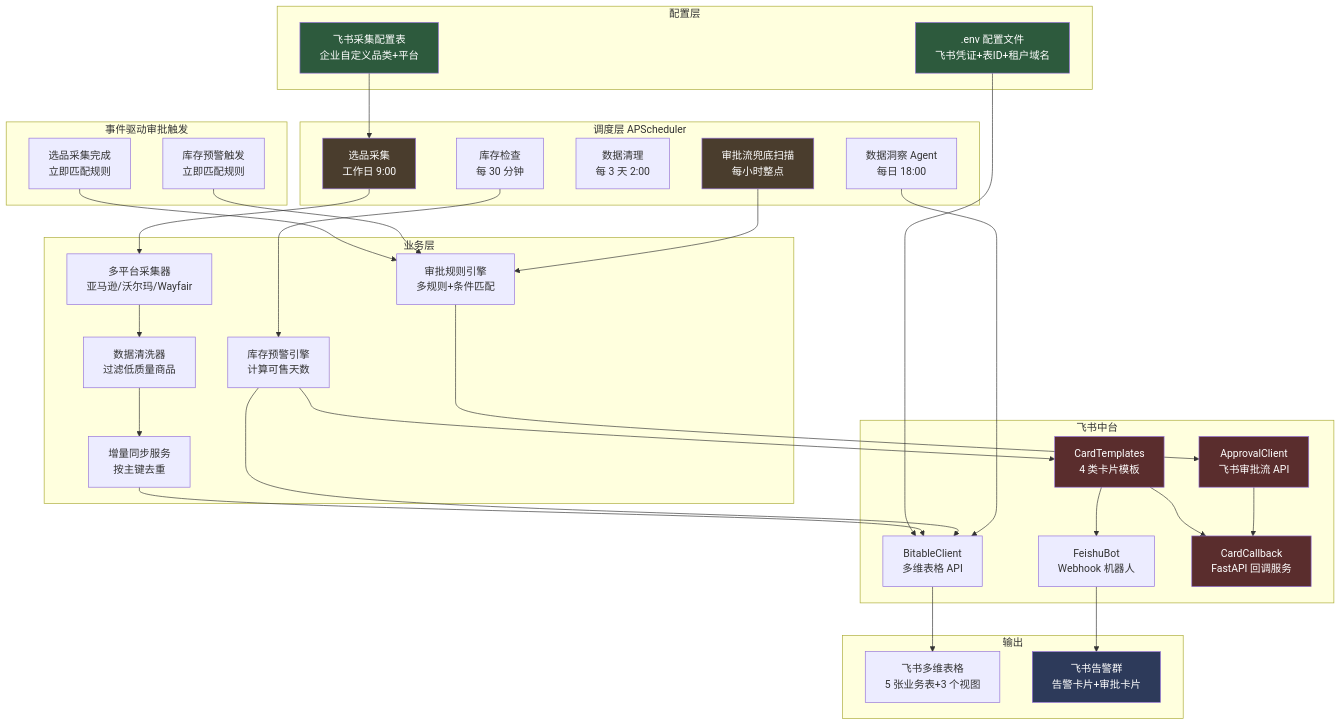
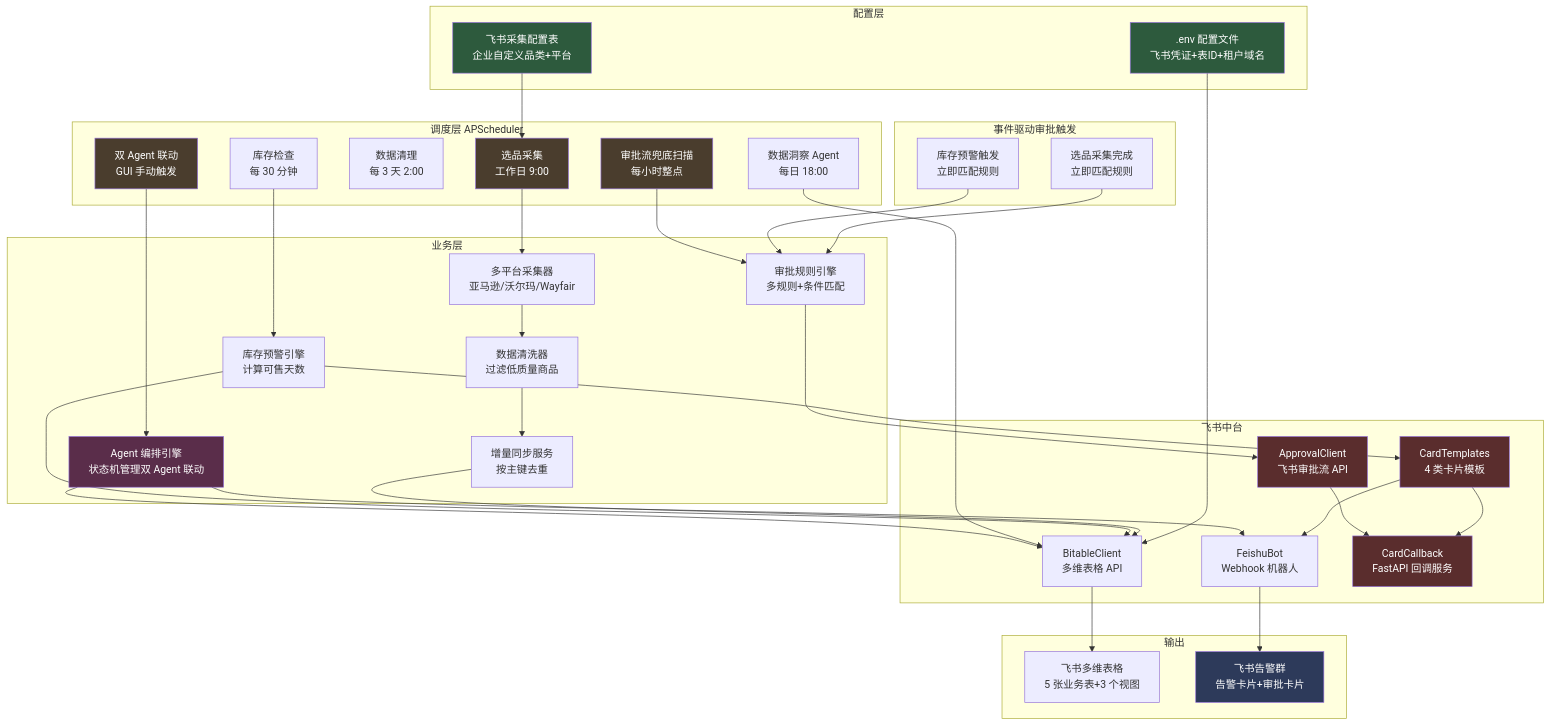
The second of 9 diagrams in README.md (lbh1nb/cross-border-ai-platform), drawn with Mermaid before and after one commit. The commit also changed other lines of this file and 16 other files, not shown here.

````diff
--- a/README.md
+++ b/README.md
@@ -82,63 +83,70 @@
 ```mermaid
 flowchart TB
     subgraph 配置层
         A1[飞书采集配置表<br/>企业自定义品类+平台]
         A2[.env 配置文件<br/>飞书凭证+表ID+租户域名]
     end
 
     subgraph 调度层[调度层 APScheduler]
         B1[选品采集<br/>工作日 9:00]
         B2[库存检查<br/>每 30 分钟]
         B3[数据清理<br/>每 3 天 2:00]
         B4[数据洞察 Agent<br/>每日 18:00]
         B5[审批流兜底扫描<br/>每小时整点]
+        B6[双 Agent 联动<br/>GUI 手动触发]
     end
 
     subgraph 事件驱动[事件驱动审批触发]
         EV1[选品采集完成<br/>立即匹配规则]
         EV2[库存预警触发<br/>立即匹配规则]
     end
 
     subgraph 业务层
         C1[多平台采集器<br/>亚马逊/沃尔玛/Wayfair]
         C2[数据清洗器<br/>过滤低质量商品]
         C3[增量同步服务<br/>按主键去重]
         C4[库存预警引擎<br/>计算可售天数]
         C5[审批规则引擎<br/>多规则+条件匹配]
+        C6[Agent 编排引擎<br/>状态机管理双 Agent 联动]
     end
 
     subgraph 飞书中台
         D1[BitableClient<br/>多维表格 API]
         D2[FeishuBot<br/>Webhook 机器人]
         D3[CardTemplates<br/>4 类卡片模板]
         D4[CardCallback<br/>FastAPI 回调服务]
         D5[ApprovalClient<br/>飞书审批流 API]
     end
 
     subgraph 输出
         E1[飞书多维表格<br/>5 张业务表+3 个视图]
         E2[飞书告警群<br/>告警卡片+审批卡片]
     end
 
     A1 --> B1
     A2 --> D1
     B1 --> C1 --> C2 --> C3 --> D1 --> E1
     B2 --> C4 --> D1
     C4 --> D3 --> D2 --> E2
     D3 --> D4
     B4 --> D1
+    B6 --> C6
     EV1 --> C5
     EV2 --> C5
     B5 --> C5
     C5 --> D5
+    C6 --> D1
+    C6 --> D2
     D5 --> D4
 
     style A1 fill:#2d5a3d,color:#fff
     style A2 fill:#2d5a3d,color:#fff
     style B1 fill:#4a3d2d,color:#fff
     style B5 fill:#4a3d2d,color:#fff
+    style B6 fill:#4a3d2d,color:#fff
+    style C6 fill:#5a2d4a,color:#fff
     style D3 fill:#5a2d2d,color:#fff
     style D4 fill:#5a2d2d,color:#fff
     style D5 fill:#5a2d2d,color:#fff
     style E2 fill:#2d3a5a,color:#fff
 ```
````
